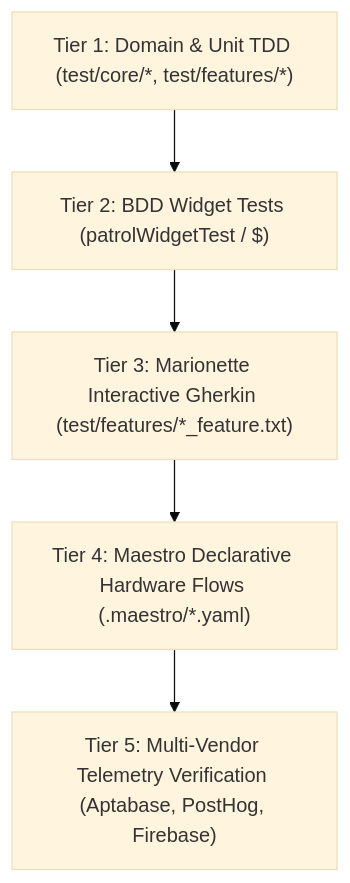
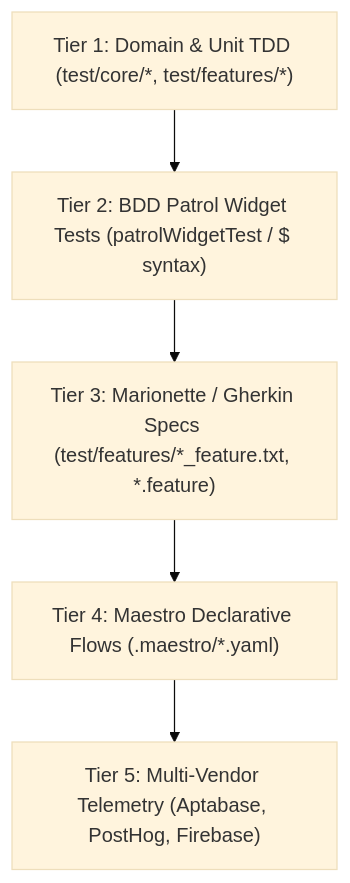
One commit to neiljaywarner/refuge changed the diagram in docs/wiki/Test-Cases.md. Above: the diagram before and after it, drawn with Mermaid (base theme). The commit also changed other lines of this file and 4 other files, not shown here.

Commit message:
docs & specs(#371): add Circle.so parity test matrix, Gherkin features, and Maestro flow

````diff
--- a/docs/wiki/Test-Cases.md
+++ b/docs/wiki/Test-Cases.md
@@ -29,10 +30,10 @@
 ```mermaid
 flowchart TD
     T1["Tier 1: Domain & Unit TDD (test/core/*, test/features/*)"]
-    T2["Tier 2: BDD Widget Tests (patrolWidgetTest / $)"]
-    T3["Tier 3: Marionette Interactive Gherkin (test/features/*_feature.txt)"]
-    T4["Tier 4: Maestro Declarative Hardware Flows (.maestro/*.yaml)"]
-    T5["Tier 5: Multi-Vendor Telemetry Verification (Aptabase, PostHog, Firebase)"]
+    T2["Tier 2: BDD Patrol Widget Tests (patrolWidgetTest / $ syntax)"]
+    T3["Tier 3: Marionette / Gherkin Specs (test/features/*_feature.txt, *.feature)"]
+    T4["Tier 4: Maestro Declarative Flows (.maestro/*.yaml)"]
+    T5["Tier 5: Multi-Vendor Telemetry (Aptabase, PostHog, Firebase)"]
 
     T1 --> T2 --> T3 --> T4 --> T5
 ```
````
